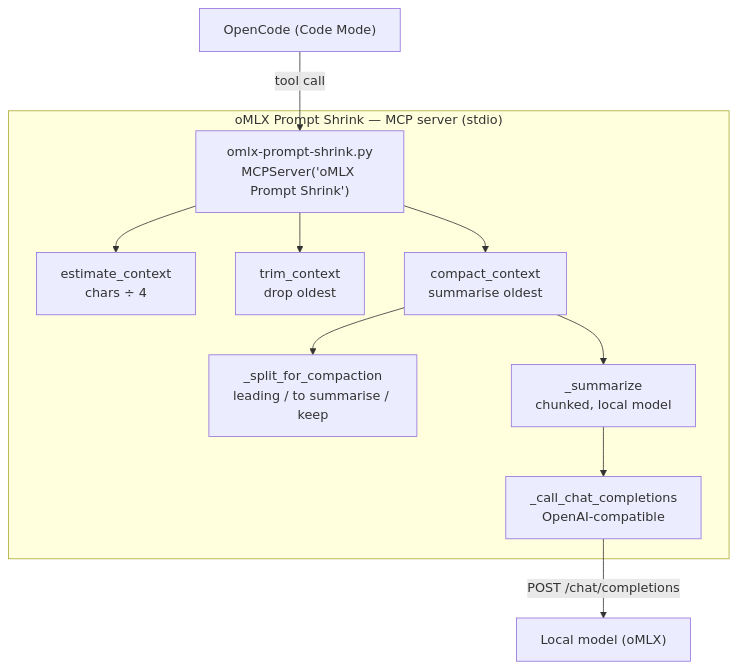
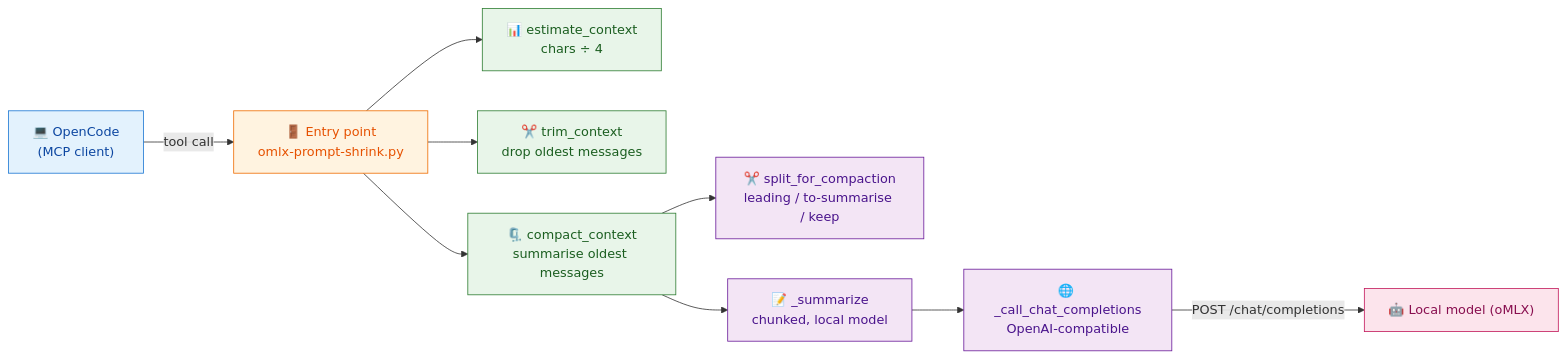
The diagram in README.md (mahirfatih/context-shrink-mcp), drawn with Mermaid before and after one commit. The commit also changed other lines of this file and 3 other files, not shown here.

````diff
--- a/README.md
+++ b/README.md
@@ -76,21 +84,22 @@
 ```mermaid
-graph TD
-    subgraph Server["oMLX Prompt Shrink — MCP server (stdio)"]
-        Entry["omlx-prompt-shrink.py<br/>MCPServer('oMLX Prompt Shrink')"]
-        Est["estimate_context<br/>chars ÷ 4"]
-        Trim["trim_context<br/>drop oldest"]
-        Compact["compact_context<br/>summarise oldest"]
-        Split["_split_for_compaction<br/>leading / to summarise / keep"]
-        Sum["_summarize<br/>chunked, local model"]
-        Chat["_call_chat_completions<br/>OpenAI-compatible"]
-    end
+flowchart LR
+    classDef client fill:#e3f2fd,stroke:#1976d2,color:#0d47a1
+    classDef entry fill:#fff3e0,stroke:#ef6c00,color:#e65100
+    classDef tool fill:#e8f5e9,stroke:#2e7d32,color:#1b5e20
+    classDef step fill:#f3e5f5,stroke:#6a1b9a,color:#4a148c
+    classDef external fill:#fce4ec,stroke:#c2185b,color:#880e4f
 
-    Client["OpenCode (Code Mode)"] -->|"tool call"| Entry
-    Entry --> Est
-    Entry --> Trim
-    Entry --> Compact
-    Compact --> Split
-    Compact --> Sum
-    Sum --> Chat
-    Chat -->|"POST /chat/completions"| Endpoint["Local model (oMLX)"]
+    Client["💻 OpenCode<br/>(MCP client)"]:::client
+    Entry["🚪 Entry point<br/>omlx-prompt-shrink.py"]:::entry
+
+    Client -->|"tool call"| Entry
+
+    Entry --> Est["📊 estimate_context<br/>chars ÷ 4"]:::tool
+    Entry --> Trim["✂️ trim_context<br/>drop oldest messages"]:::tool
+    Entry --> Compact["🗜️ compact_context<br/>summarise oldest messages"]:::tool
+
+    Compact --> Split["✂️ split_for_compaction<br/>leading / to-summarise / keep"]:::step
+    Compact --> Sum["📝 _summarize<br/>chunked, local model"]:::step
+    Sum --> Chat["🌐 _call_chat_completions<br/>OpenAI-compatible"]:::step
+    Chat -->|"POST /chat/completions"| Endpoint["🤖 Local model (oMLX)"]:::external
 ```
````
